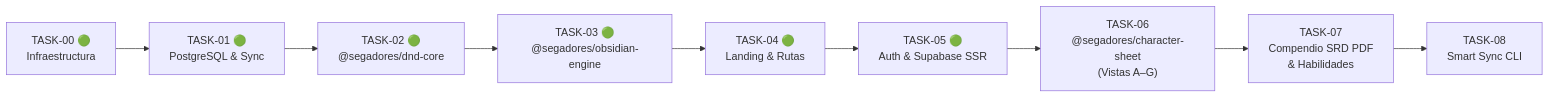
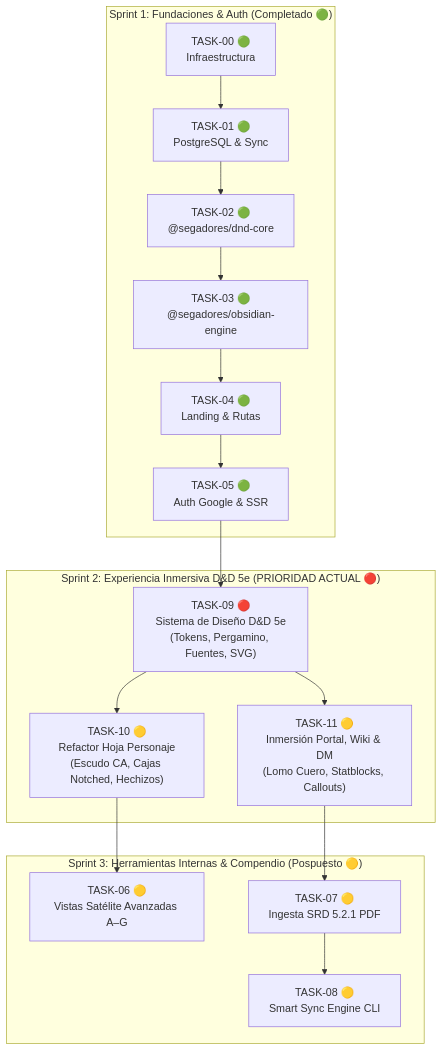
The diagram in docs/tasks/README.md (williamatr/SegadoresDnD), drawn with Mermaid before and after one commit. The commit also changed other lines of this file and 5 other files, not shown here.

Commit message:
docs(tasks): estructurar épicas de inmersión visual dnd 5e (task-09, task-10, task-11) y priorizar sprint 2

````diff
--- a/docs/tasks/README.md
+++ b/docs/tasks/README.md
@@ -43,11 +64,22 @@
 ```mermaid
-flowchart LR
-    T00["TASK-00 🟢\nInfraestructura"] --> T01["TASK-01 🟢\nPostgreSQL & Sync"]
-    T01 --> T02["TASK-02 🟢\n@segadores/dnd-core"]
-    T02 --> T03["TASK-03 🟢\n@segadores/obsidian-engine"]
-    T03 --> T04["TASK-04 🟢\nLanding & Rutas"]
-    T04 --> T05["TASK-05 🟢\nAuth & Supabase SSR"]
-    T05 --> T06["TASK-06\n@segadores/character-sheet\n(Vistas A–G)"]
-    T06 --> T07["TASK-07\nCompendio SRD PDF\n& Habilidades"]
-    T07 --> T08["TASK-08\nSmart Sync CLI"]
+flowchart TD
+    subgraph Sprint1["Sprint 1: Fundaciones & Auth (Completado 🟢)"]
+        T00["TASK-00 🟢\nInfraestructura"] --> T01["TASK-01 🟢\nPostgreSQL & Sync"]
+        T01 --> T02["TASK-02 🟢\n@segadores/dnd-core"]
+        T02 --> T03["TASK-03 🟢\n@segadores/obsidian-engine"]
+        T03 --> T04["TASK-04 🟢\nLanding & Rutas"]
+        T04 --> T05["TASK-05 🟢\nAuth Google & SSR"]
+    end
+
+    subgraph Sprint2["Sprint 2: Experiencia Inmersiva D&D 5e (PRIORIDAD ACTUAL 🔴)"]
+        T05 --> T09["TASK-09 🔴\nSistema de Diseño D&D 5e\n(Tokens, Pergamino, Fuentes, SVG)"]
+        T09 --> T10["TASK-10 🟡\nRefactor Hoja Personaje\n(Escudo CA, Cajas Notched, Hechizos)"]
+        T09 --> T11["TASK-11 🟡\nInmersión Portal, Wiki & DM\n(Lomo Cuero, Statblocks, Callouts)"]
+    end
+
+    subgraph Sprint3["Sprint 3: Herramientas Internas & Compendio (Pospuesto 🟡)"]
+        T10 --> T06["TASK-06 🟡\nVistas Satélite Avanzadas A–G"]
+        T11 --> T07["TASK-07 🟡\nIngesta SRD 5.2.1 PDF"]
+        T07 --> T08["TASK-08 🟡\nSmart Sync Engine CLI"]
+    end
 ```
````
